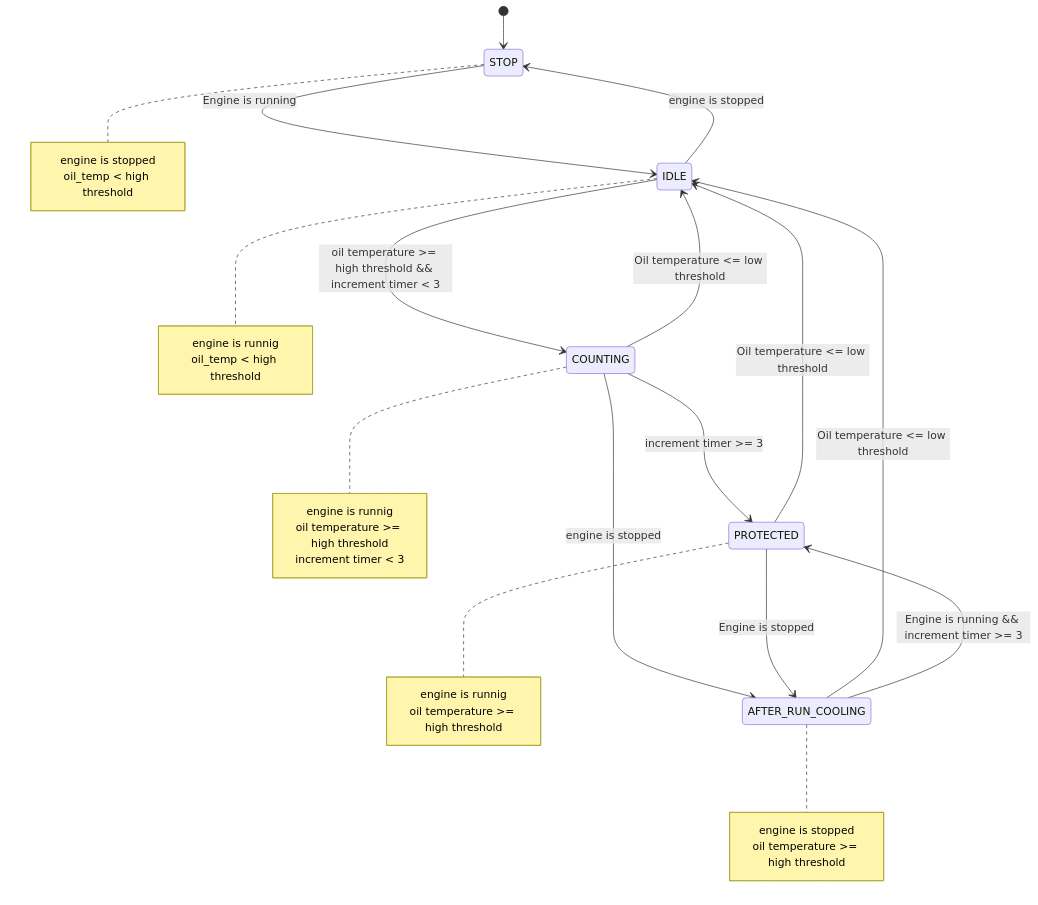
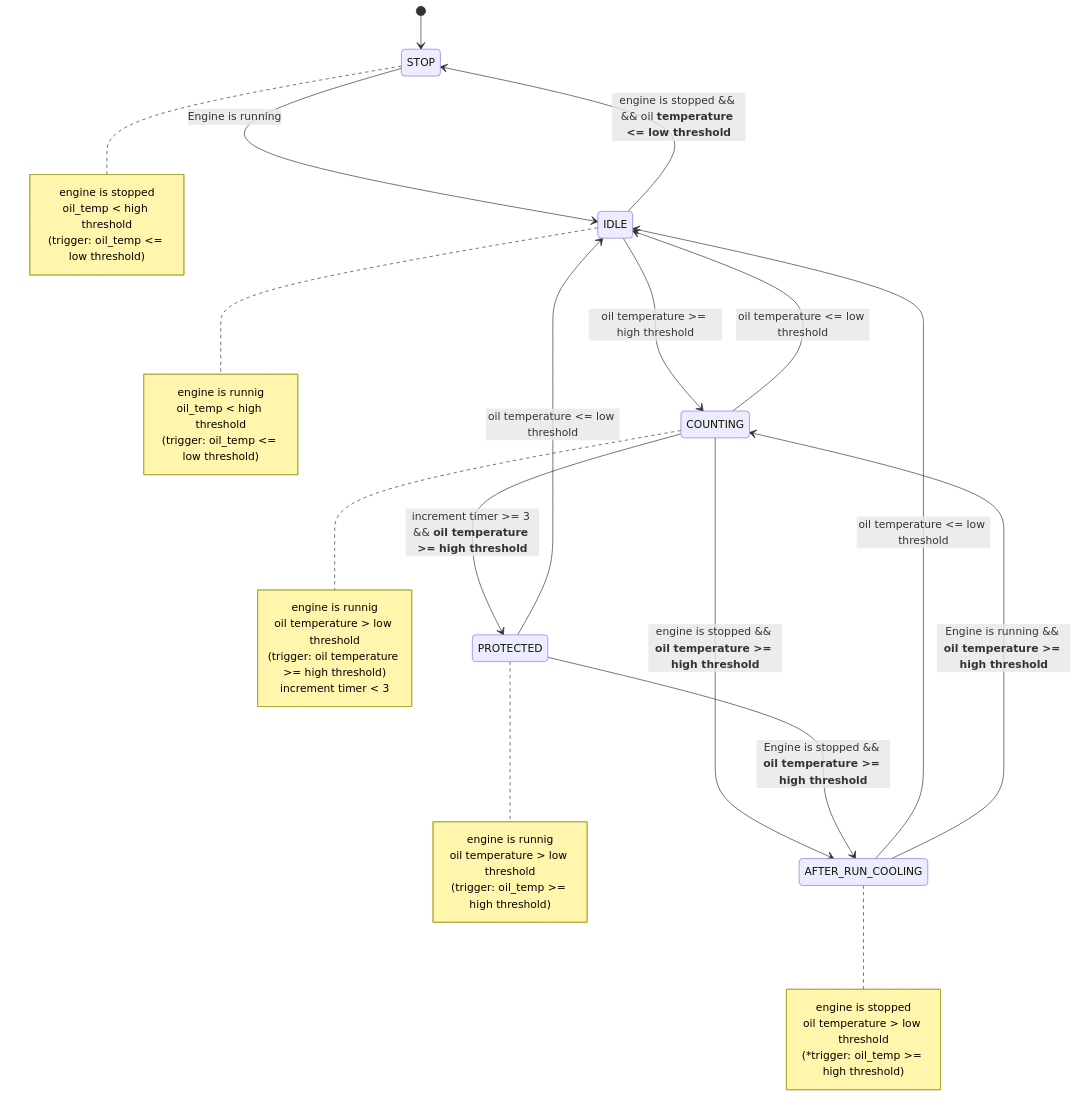
Before and after one commit to CY-M02605/Embedded-Control-Architecture: the diagram in README.md, drawn with Mermaid.

Commit message:
docs: update state machine

````diff
--- a/README.md
+++ b/README.md
@@ -232,40 +232,45 @@
 ```mermaid
 stateDiagram-v2
     [*] --> STOP
 
     note right of STOP
         engine is stopped
         oil_temp < high threshold
+        (trigger: oil_temp <= low threshold)
     end note
     STOP --> IDLE: Engine is running
 
     note right of IDLE
         engine is runnig
         oil_temp < high threshold
+        (trigger: oil_temp <= low threshold)
     end note
-    IDLE --> COUNTING: oil temperature >= high threshold && increment timer < 3
-    IDLE --> STOP: engine is stopped
+    IDLE --> COUNTING: oil temperature >= high threshold
+    IDLE --> STOP: engine is stopped && && oil **temperature <= low threshold**
 
     note right of COUNTING
         engine is runnig
-        oil temperature >= high threshold
+        oil temperature > low threshold
+        (trigger: oil temperature >= high threshold)
         increment timer < 3
     end note
-    COUNTING --> PROTECTED: increment timer >= 3
-    COUNTING --> IDLE: Oil temperature <= low threshold
-    COUNTING --> AFTER_RUN_COOLING: engine is stopped
+    COUNTING --> PROTECTED: increment timer >= 3 && **oil temperature >= high threshold**
+    COUNTING --> IDLE: oil temperature <= low threshold
+    COUNTING --> AFTER_RUN_COOLING: engine is stopped && **oil temperature >= high threshold**
 
     note right of PROTECTED
         engine is runnig
-        oil temperature >= high threshold
+        oil temperature > low threshold
+        (trigger: oil_temp >= high threshold)
     end note
-    PROTECTED --> IDLE: Oil temperature <= low threshold
-    PROTECTED --> AFTER_RUN_COOLING: Engine is stopped 
+    PROTECTED --> IDLE: oil temperature <= low threshold
+    PROTECTED --> AFTER_RUN_COOLING: Engine is stopped && **oil temperature >= high threshold**
 
     note right of AFTER_RUN_COOLING
         engine is stopped
-        oil temperature >= high threshold
+        oil temperature > low threshold
+        (*trigger: oil_temp >= high threshold)
     end note
-    AFTER_RUN_COOLING --> IDLE: Oil temperature <= low threshold
-    AFTER_RUN_COOLING --> PROTECTED: Engine is running && increment timer >= 3
+    AFTER_RUN_COOLING --> IDLE: oil temperature <= low threshold
+    AFTER_RUN_COOLING --> COUNTING: Engine is running && **oil temperature >= high threshold**
 ```
````
